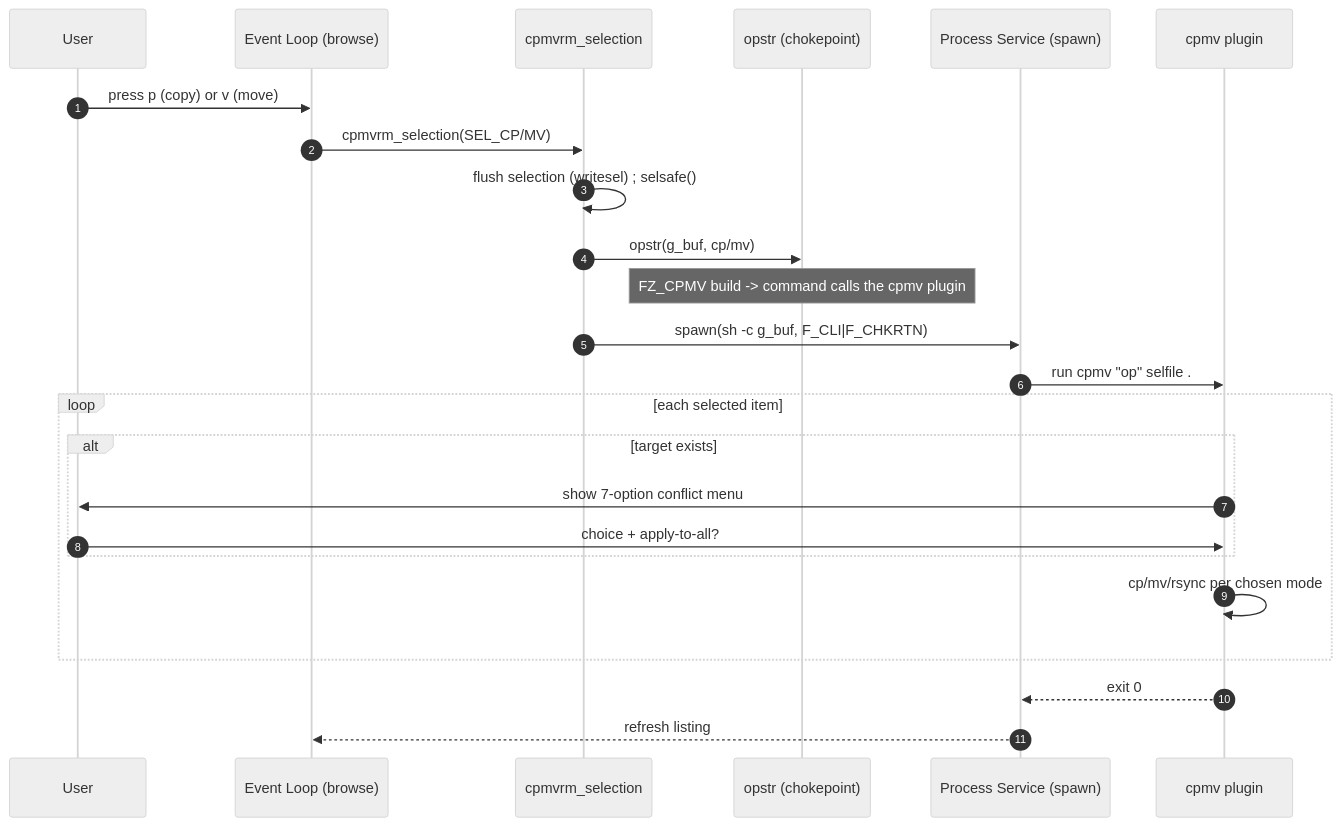
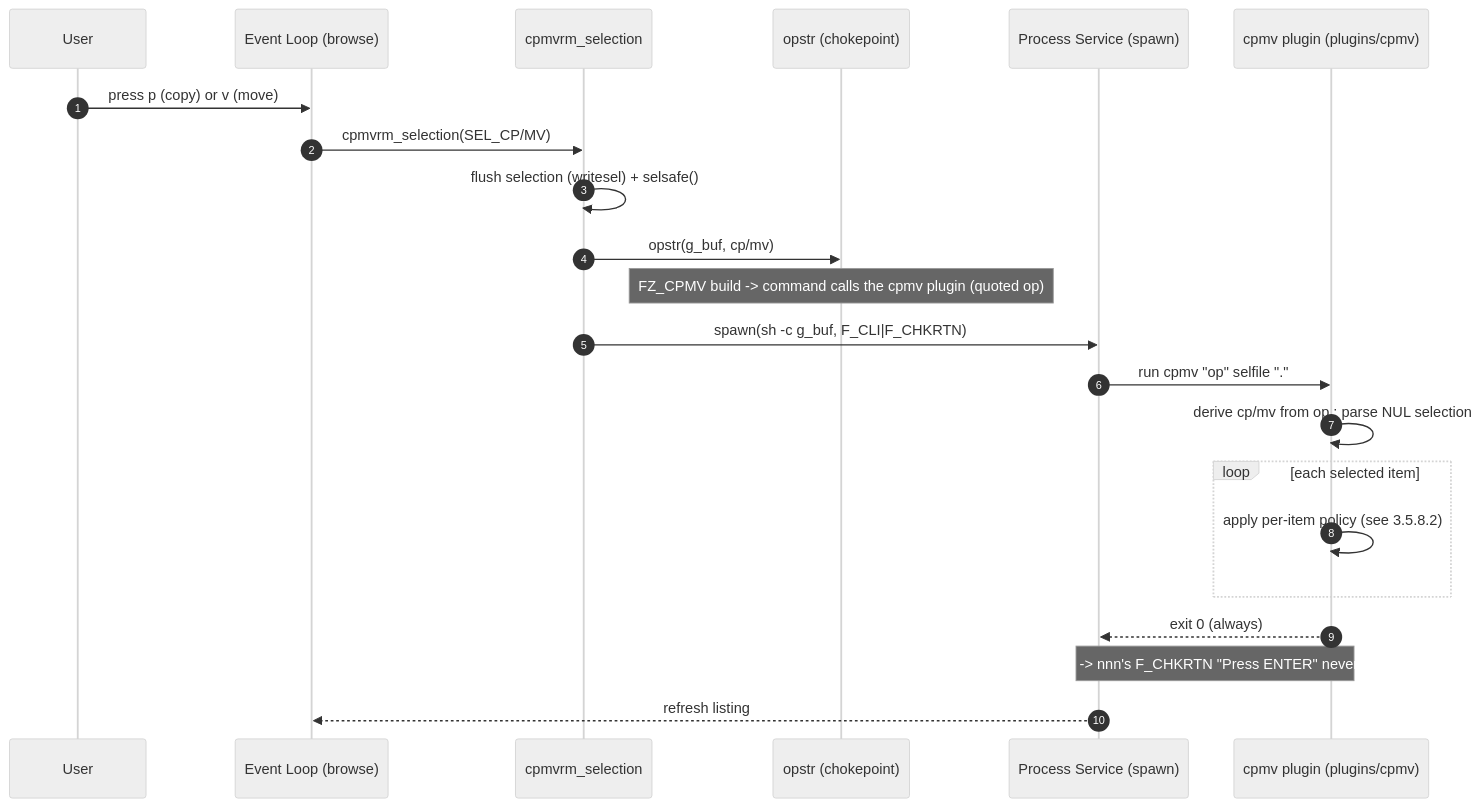
One commit to techcaotri/nnn changed diagram 15 of 29 in docs/nnn_Software_Design.md. Above: the diagram before and after it, drawn with Mermaid (neutral theme). The commit also changed other lines of this file, not shown here.

First line of the commit message:
docs: expand cpmv copy/move conflict-resolution design (3.5.8)

````diff
--- a/docs/nnn_Software_Design.md
+++ b/docs/nnn_Software_Design.md
@@ -881,28 +887,26 @@
 ```mermaid
 %% Sequence: p/v -> opstr -> cpmv plugin (FileZilla-style)
 sequenceDiagram
     autonumber
     participant U as User
     participant L as Event Loop (browse)
     participant CM as cpmvrm_selection
     participant OP as opstr (chokepoint)
     participant SP as Process Service (spawn)
-    participant PL as cpmv plugin
+    participant PL as cpmv plugin (plugins/cpmv)
 
     U->>L: press p (copy) or v (move)
     L->>CM: cpmvrm_selection(SEL_CP/MV)
-    CM->>CM: flush selection (writesel) #59; selsafe()
+    CM->>CM: flush selection (writesel) + selsafe()
     CM->>OP: opstr(g_buf, cp/mv)
-    Note over OP: FZ_CPMV build -> command calls the cpmv plugin
+    Note over OP: FZ_CPMV build -> command calls the cpmv plugin (quoted op)
     CM->>SP: spawn(sh -c g_buf, F_CLI|F_CHKRTN)
-    SP->>PL: run cpmv "op" selfile .
+    SP->>PL: run cpmv "op" selfile "."
+    PL->>PL: derive cp/mv from op #59; parse NUL selection
     loop each selected item
-        alt target exists
-            PL->>U: show 7-option conflict menu
-            U->>PL: choice + apply-to-all?
-        end
-        PL->>PL: cp/mv/rsync per chosen mode
+        PL->>PL: apply per-item policy (see 3.5.8.2)
     end
-    PL-->>SP: exit 0
+    PL-->>SP: exit 0 (always)
+    Note over SP,PL: exit 0 -> nnn's F_CHKRTN "Press ENTER" never fires
     SP-->>L: refresh listing
 ```
````
